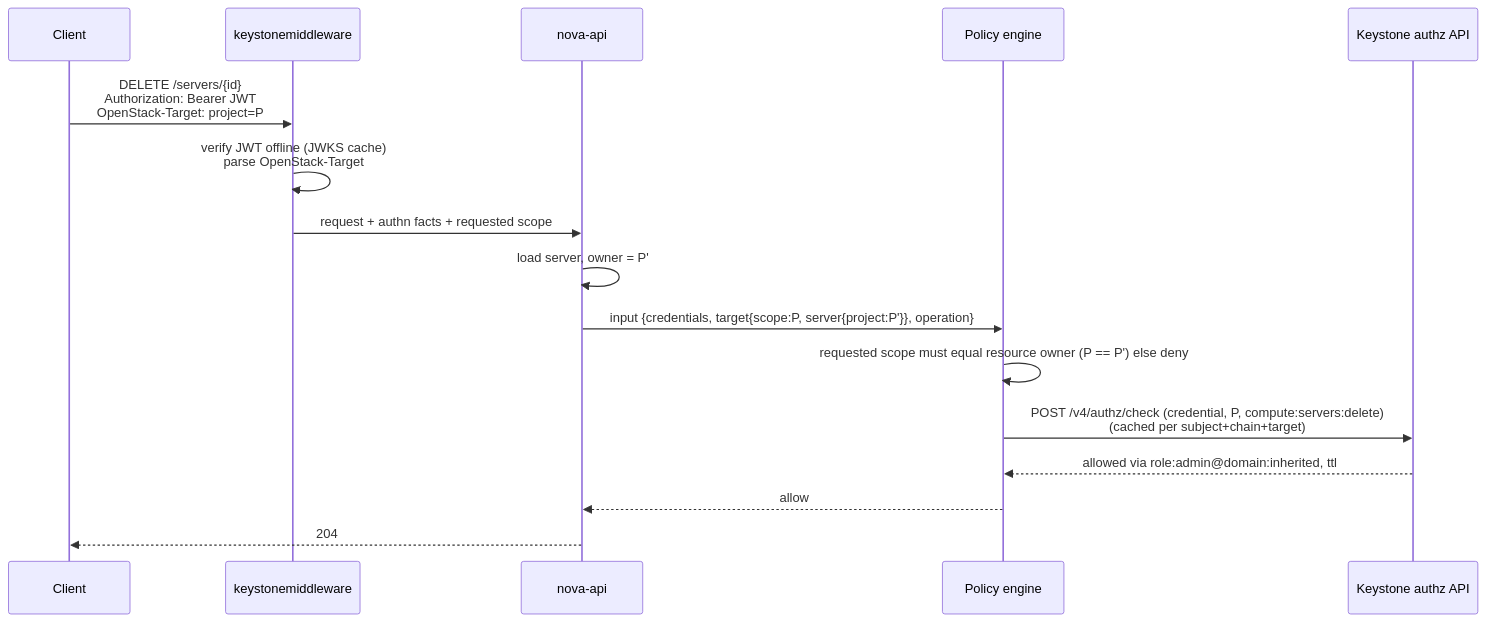
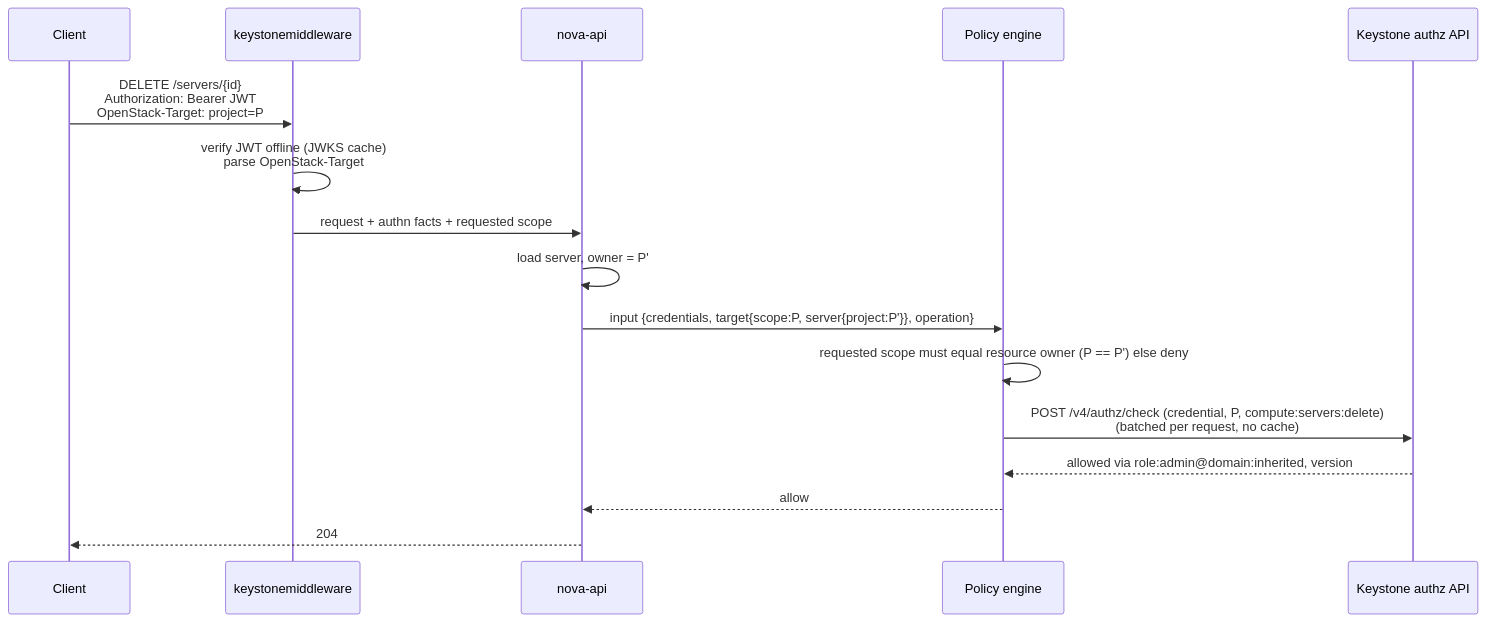
One commit to openstack-experimental/keystone changed the third of 7 diagrams in doc/src/vision.md. Above: the diagram before and after it, drawn with Mermaid. The commit also changed other lines of this file and 1 other file, not shown here.

````diff
--- a/doc/src/vision.md
+++ b/doc/src/vision.md
@@ -481,19 +506,19 @@
 ```mermaid
 sequenceDiagram
     participant C as Client
     participant M as keystonemiddleware
     participant S as nova-api
     participant P as Policy engine
     participant K as Keystone authz API
 
     C->>M: DELETE /servers/{id}<br/>Authorization: Bearer JWT<br/>OpenStack-Target: project=P
     M->>M: verify JWT offline (JWKS cache)<br/>parse OpenStack-Target
     M->>S: request + authn facts + requested scope
     S->>S: load server, owner = P'
     S->>P: input {credentials, target{scope:P, server{project:P'}}, operation}
     P->>P: requested scope must equal resource owner (P == P') else deny
-    P->>K: POST /v4/authz/check (credential, P, compute:servers:delete)<br/>(cached per subject+chain+target)
-    K-->>P: allowed via role:admin@domain:inherited, ttl
+    P->>K: POST /v4/authz/check (credential, P, compute:servers:delete)<br/>(batched per request, no cache)
+    K-->>P: allowed via role:admin@domain:inherited, version
     P-->>S: allow
     S-->>C: 204
 ```
````
